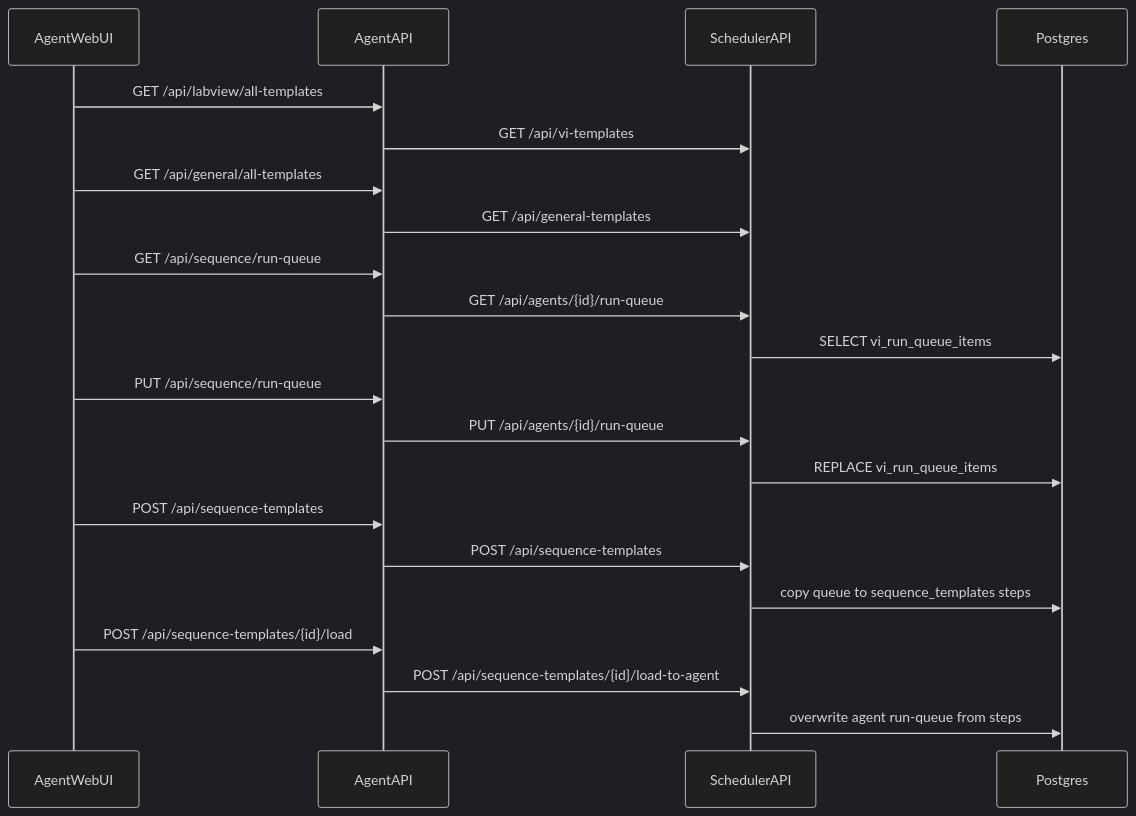
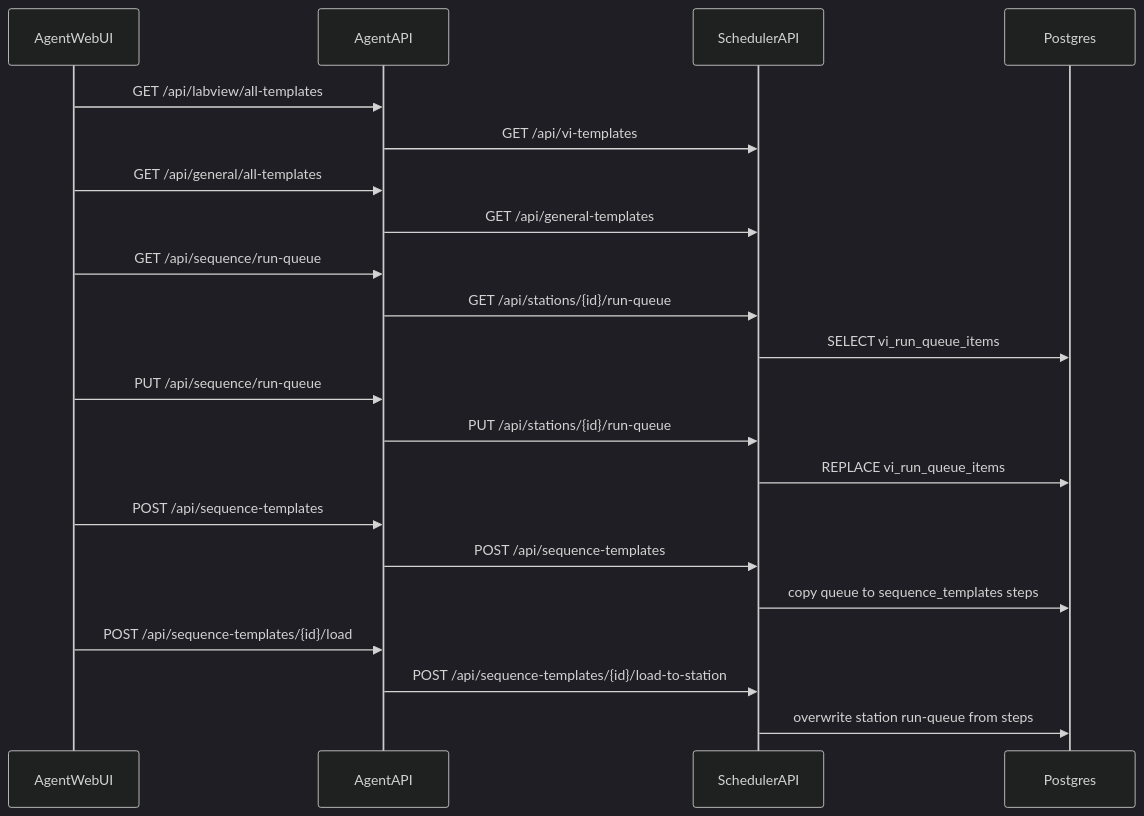
The seventh of 8 diagrams in docs/api.md (zhongbinyang/Atlas), drawn with Mermaid (dark theme) before and after one commit. The commit also changed other lines of this file and 61 other files, not shown here.

````diff
--- a/docs/api.md
+++ b/docs/api.md
@@ -243,28 +244,28 @@
 ```mermaid
 sequenceDiagram
   participant AW as AgentWebUI
   participant AA as AgentAPI
   participant SA as SchedulerAPI
   participant DB as Postgres
 
   AW->>AA: GET /api/labview/all-templates
   AA->>SA: GET /api/vi-templates
   AW->>AA: GET /api/general/all-templates
   AA->>SA: GET /api/general-templates
 
   AW->>AA: GET /api/sequence/run-queue
-  AA->>SA: GET /api/agents/{id}/run-queue
+  AA->>SA: GET /api/stations/{id}/run-queue
   SA->>DB: SELECT vi_run_queue_items
 
   AW->>AA: PUT /api/sequence/run-queue
-  AA->>SA: PUT /api/agents/{id}/run-queue
+  AA->>SA: PUT /api/stations/{id}/run-queue
   SA->>DB: REPLACE vi_run_queue_items
 
   AW->>AA: POST /api/sequence-templates
   AA->>SA: POST /api/sequence-templates
   SA->>DB: copy queue to sequence_templates steps
 
   AW->>AA: POST /api/sequence-templates/{id}/load
-  AA->>SA: POST /api/sequence-templates/{id}/load-to-agent
-  SA->>DB: overwrite agent run-queue from steps
+  AA->>SA: POST /api/sequence-templates/{id}/load-to-station
+  SA->>DB: overwrite station run-queue from steps
 ```
````
